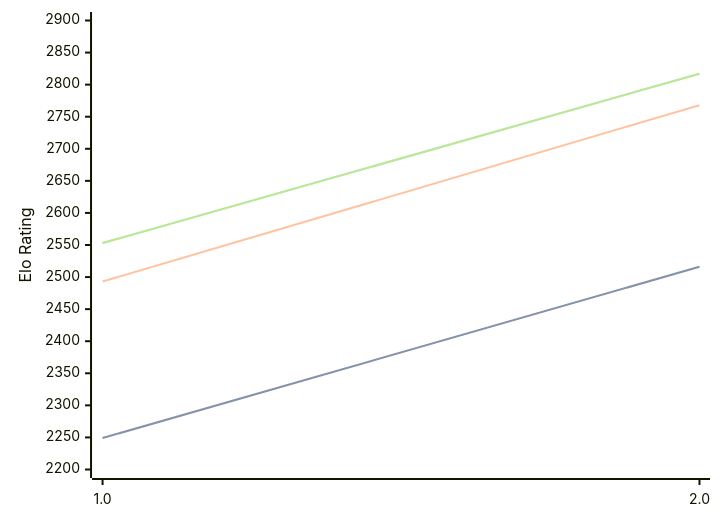
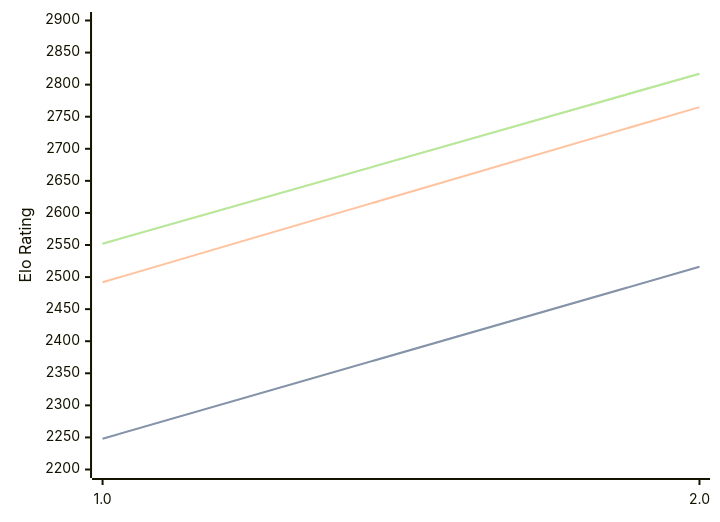
Before and after one commit to computer-chess-index/cci: the first of 3 diagrams in engines/Revolver.md, drawn with Mermaid. The commit also changed other lines of this file, not shown here.

Commit message:
Update CCI Ratings (ELO VLTC) - 2026-06-27

````diff
--- a/engines/Revolver.md
+++ b/engines/Revolver.md
@@ -32,11 +32,11 @@
 ```mermaid
 %%{init: {"theme":"base","themeVariables":{"seriesColors:['#a3a3a3','#222221','#faa371']}}}%%
 xychart-beta
   x-axis ["1.0", "2.0"]
   y-axis "Elo Rating" 2200 --> 2900
-  line "STC (8.0+0.08s)" [2249, 2516]
-  line "STC (8.0+0.08s)" [2249, 2516]
-  line "LTC (60.0+0.60s)" [2493, 2768]
-  line "VLTC (2m24s+1.12s)" [2553, 2817]
-  line "VLTC (2m24s+1.12s)" [2553, 2817]
+  line "STC (8.0+0.08s)" [2248, 2516]
+  line "STC (8.0+0.08s)" [2248, 2516]
+  line "LTC (60.0+0.60s)" [2492, 2765]
+  line "VLTC (2m24s+1.12s)" [2552, 2817]
+  line "VLTC (2m24s+1.12s)" [2552, 2817]
 ```
````
